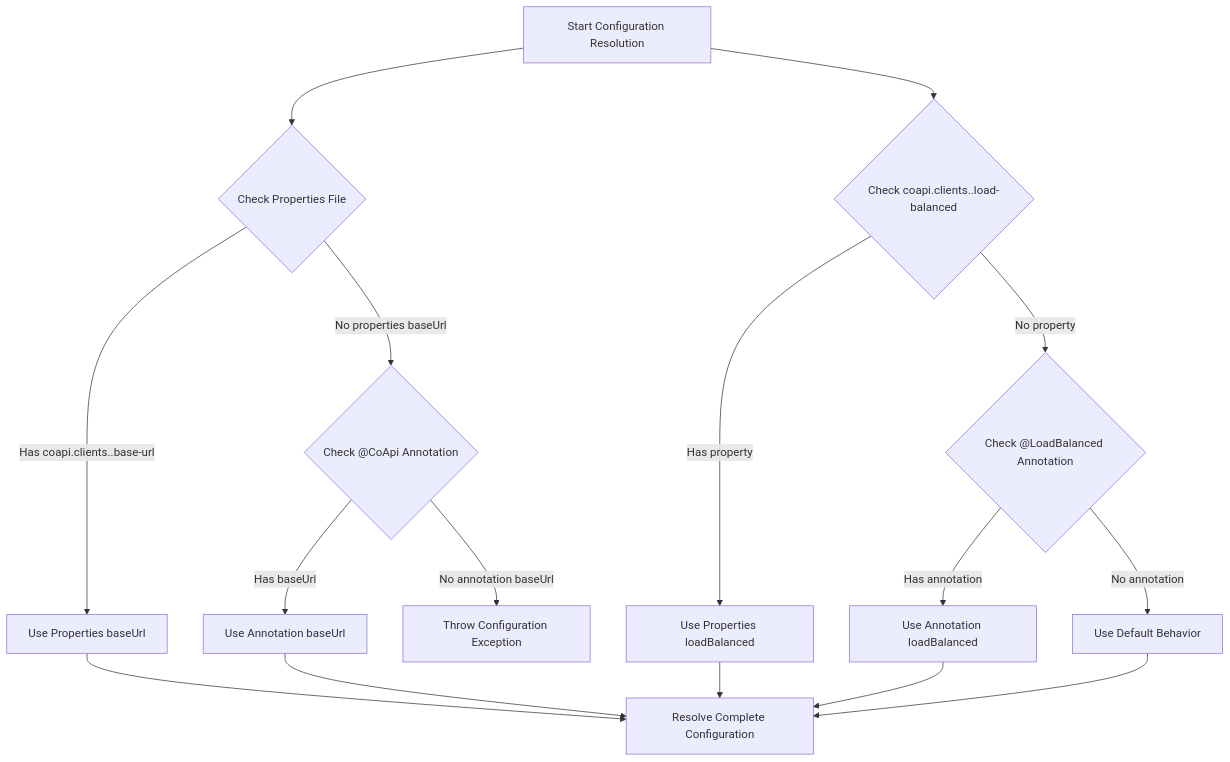
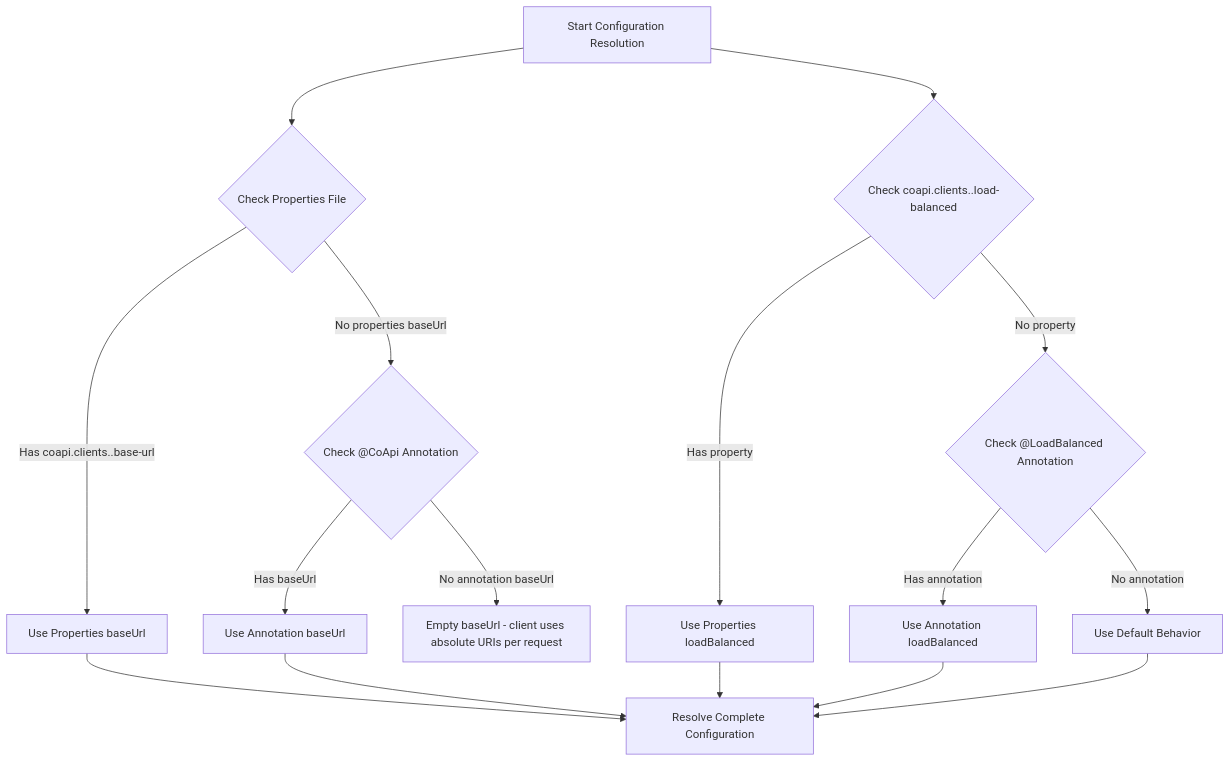
Before and after one commit to Ahoo-Wang/CoApi: the first of 4 diagrams in wiki/getting-started/configuration.md, drawn with Mermaid. The commit also changed other lines of this file and 7 other files, not shown here.

````diff
--- a/wiki/getting-started/configuration.md
+++ b/wiki/getting-started/configuration.md
@@ -48,21 +52,21 @@
 ```mermaid
 flowchart TD
     A[Start Configuration Resolution] --> B{"Check Properties File"}
     B -->|Has coapi.clients.<name>.base-url| C[Use Properties baseUrl]
     B -->|No properties baseUrl| D{Check @CoApi Annotation}
     D -->|Has baseUrl| E[Use Annotation baseUrl]
-    D -->|No annotation baseUrl| F[Throw Configuration Exception]
+    D -->|No annotation baseUrl| F[Empty baseUrl - client uses absolute URIs per request]
     
     A --> G{Check coapi.clients.<name>.load-balanced}
     G -->|Has property| H[Use Properties loadBalanced]
     G -->|No property| I{Check @LoadBalanced Annotation}
     I -->|Has annotation| J[Use Annotation loadBalanced]
     I -->|No annotation| K[Use Default Behavior]
     
     C --> L[Resolve Complete Configuration]
     E --> L
     H --> L
     J --> L
     K --> L
     
 ```
````
